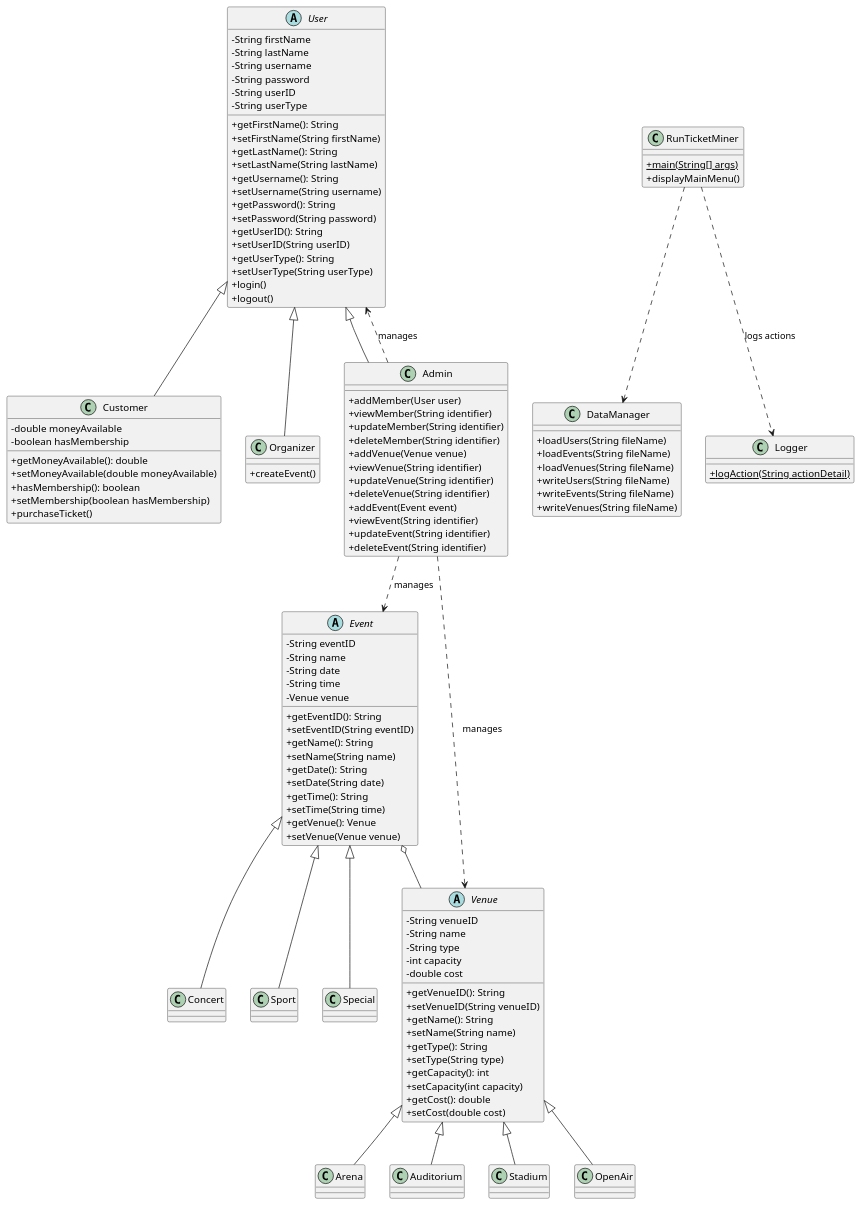
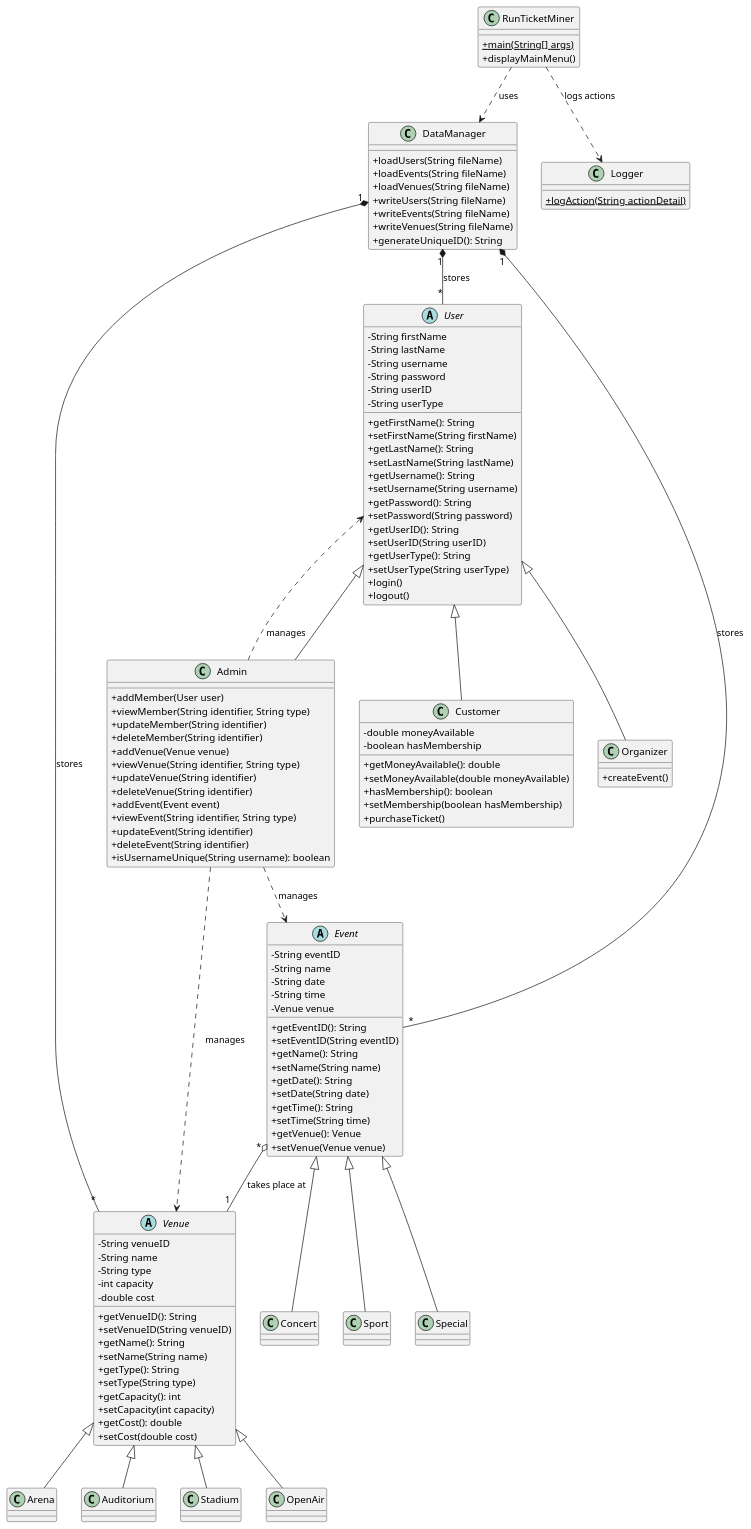
The diagram in ClassDiagram.puml (jluna4072/TicketMiner), drawn with PlantUML before and after one commit. The commit also changed 3 other files, not shown here.

Commit message:
Refactor Admin class methods to accept user type parameter and update relationships in ClassDiagram; clean up comments in RunTicketMiner and remove redundant test comment in TestLoadUsers.

```diff
--- a/ClassDiagram.puml
+++ b/ClassDiagram.puml
@@ -1,133 +1,141 @@
 @startuml ClassDiagram
 skinparam classAttributeIconSize 0
 
 abstract class User {
     - String firstName
     - String lastName
     - String username
     - String password
     - String userID
     - String userType
     + getFirstName(): String
     + setFirstName(String firstName)
     + getLastName(): String
     + setLastName(String lastName)
     + getUsername(): String
     + setUsername(String username)
     + getPassword(): String
     + setPassword(String password)
     + getUserID(): String
     + setUserID(String userID)
     + getUserType(): String
     + setUserType(String userType)
     + login()
     + logout()
 }
 class Customer {
     - double moneyAvailable
     - boolean hasMembership
     + getMoneyAvailable(): double
     + setMoneyAvailable(double moneyAvailable)
     + hasMembership(): boolean
     + setMembership(boolean hasMembership)
     + purchaseTicket()
 }
 
 class Organizer {
     + createEvent()
 }
 
 class Admin {
     + addMember(User user)
-    + viewMember(String identifier)
+    + viewMember(String identifier, String type)
     + updateMember(String identifier)
     + deleteMember(String identifier)
     + addVenue(Venue venue)
-    + viewVenue(String identifier)
+    + viewVenue(String identifier, String type)
     + updateVenue(String identifier)
     + deleteVenue(String identifier)
     + addEvent(Event event)
-    + viewEvent(String identifier)
+    + viewEvent(String identifier, String type)
     + updateEvent(String identifier)
     + deleteEvent(String identifier)
+    + isUsernameUnique(String username): boolean
 }
 
 abstract class Event {
     - String eventID
     - String name
     - String date
     - String time
     - Venue venue
 
     + getEventID(): String
     + setEventID(String eventID)
     + getName(): String
     + setName(String name)
     + getDate(): String
     + setDate(String date)
     + getTime(): String
     + setTime(String time)
     + getVenue(): Venue
     + setVenue(Venue venue)
 }
 
 class Concert extends Event
 class Sport extends Event
 class Special extends Event
 
 abstract class Venue {
     - String venueID
     - String name
     - String type
     - int capacity
     - double cost
     + getVenueID(): String
     + setVenueID(String venueID)
     + getName(): String
     + setName(String name)
     + getType(): String
     + setType(String type)
     + getCapacity(): int
     + setCapacity(int capacity)
     + getCost(): double
     + setCost(double cost)
 }
 
 class Arena extends Venue
 class Auditorium extends Venue
 class Stadium extends Venue
 class OpenAir extends Venue
 
 class RunTicketMiner {
     + {static} main(String[] args)
     + displayMainMenu()
 }
 
 class DataManager {
     + loadUsers(String fileName)
     + loadEvents(String fileName)
     + loadVenues(String fileName)
     + writeUsers(String fileName)
     + writeEvents(String fileName)
     + writeVenues(String fileName)
+    + generateUniqueID(): String
 
 }
 
 class Logger {
     + {static} logAction(String actionDetail)
 }
 
 ' --- Relationships ---
 
+' Inheritance
 User <|-- Customer 
 User <|-- Organizer
 User <|-- Admin
 
-Event o-- Venue
+' Aggregation / Composition 
+Event "*" o-- "1" Venue : takes place at
+DataManager "1" *-- "*" User : stores
+DataManager "1" *-- "*" Event : stores
+DataManager "1" *-- "*" Venue : stores
+
+' Dependencies
 Admin ..> User : manages
 Admin ..> Venue : manages
 Admin ..> Event : manages
-
-RunTicketMiner ..> DataManager
+RunTicketMiner ..> DataManager : uses
 RunTicketMiner ..> Logger : logs actions
 @enduml
```
